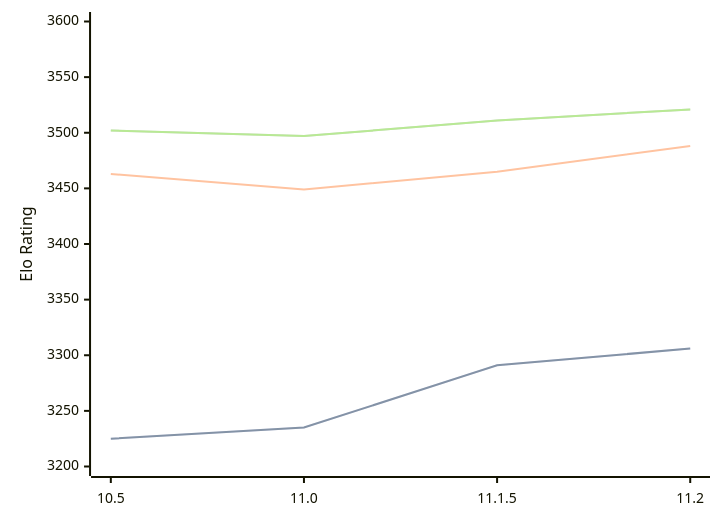
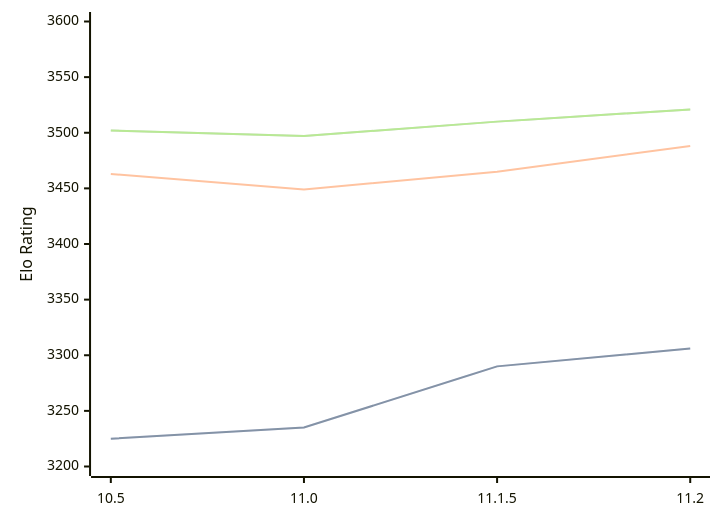
One commit to computer-chess-index/cci changed the diagram in engines/Lizard.md. Above: the diagram before and after it, drawn with Mermaid. The commit also changed other lines of this file, not shown here.

Commit message:
Update CCI Ratings (ELO VLTC) - 2026-09-12

````diff
--- a/engines/Lizard.md
+++ b/engines/Lizard.md
@@ -34,11 +34,11 @@
 ```mermaid
 %%{init: {"theme":"base","themeVariables":{"seriesColors:['#a3a3a3','#222221','#faa371']}}}%%
 xychart-beta
   x-axis ["10.5", "11.0", "11.1.5", "11.2"]
   y-axis "Elo Rating" 3200 --> 3600
-  line "" [3225, 3235, 3291, 3306]
-  line "STC (8.0+0.08s)" [3225, 3235, 3291, 3306]
+  line "" [3225, 3235, 3290, 3306]
+  line "STC (8.0+0.08s)" [3225, 3235, 3290, 3306]
   line "LTC (60.0+0.60s)" [3463, 3449, 3465, 3488]
-  line "" [3502, 3497, 3511, 3521]
-  line "VLTC (2m24s+1.12s)" [3502, 3497, 3511, 3521]
+  line "" [3502, 3497, 3510, 3521]
+  line "VLTC (2m24s+1.12s)" [3502, 3497, 3510, 3521]
 ```
````
